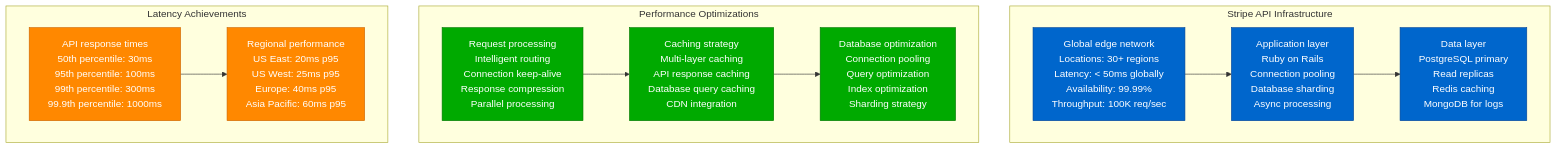
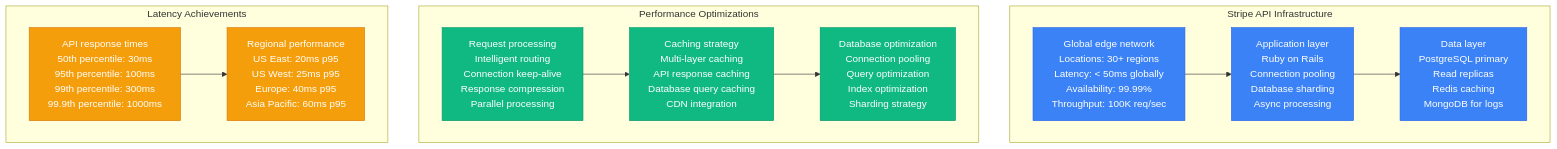
One commit to deepaucksharma/DS changed the ninth of 11 diagrams in site/docs/performance/rest-api-performance-profile.md. Above: the diagram before and after it, drawn with Mermaid. The commit also changed other lines of this file and 303 other files, not shown here.

````diff
--- a/site/docs/performance/rest-api-performance-profile.md
+++ b/site/docs/performance/rest-api-performance-profile.md
@@ -357,38 +357,38 @@
 ```mermaid
 graph TB
     subgraph "Stripe API Infrastructure"
         INFRA1[Global edge network<br/>Locations: 30+ regions<br/>Latency: < 50ms globally<br/>Availability: 99.99%<br/>Throughput: 100K req/sec]
 
         INFRA2[Application layer<br/>Ruby on Rails<br/>Connection pooling<br/>Database sharding<br/>Async processing]
 
         INFRA3[Data layer<br/>PostgreSQL primary<br/>Read replicas<br/>Redis caching<br/>MongoDB for logs]
 
         INFRA1 --> INFRA2 --> INFRA3
     end
 
     subgraph "Performance Optimizations"
         OPT1[Request processing<br/>Intelligent routing<br/>Connection keep-alive<br/>Response compression<br/>Parallel processing]
 
         OPT2[Caching strategy<br/>Multi-layer caching<br/>API response caching<br/>Database query caching<br/>CDN integration]
 
         OPT3[Database optimization<br/>Connection pooling<br/>Query optimization<br/>Index optimization<br/>Sharding strategy]
 
         OPT1 --> OPT2 --> OPT3
     end
 
     subgraph "Latency Achievements"
         LATENCY1[API response times<br/>50th percentile: 30ms<br/>95th percentile: 100ms<br/>99th percentile: 300ms<br/>99.9th percentile: 1000ms]
 
         LATENCY2[Regional performance<br/>US East: 20ms p95<br/>US West: 25ms p95<br/>Europe: 40ms p95<br/>Asia Pacific: 60ms p95]
 
         LATENCY1 --> LATENCY2
     end
 
-    classDef infraStyle fill:#0066CC,stroke:#004499,color:#fff
-    classDef optStyle fill:#00AA00,stroke:#007700,color:#fff
-    classDef latencyStyle fill:#FF8800,stroke:#CC6600,color:#fff
+    classDef infraStyle fill:#3B82F6,stroke:#2563EB,color:#fff
+    classDef optStyle fill:#10B981,stroke:#059669,color:#fff
+    classDef latencyStyle fill:#F59E0B,stroke:#D97706,color:#fff
 
     class INFRA1,INFRA2,INFRA3 infraStyle
     class OPT1,OPT2,OPT3 optStyle
     class LATENCY1,LATENCY2 latencyStyle
 ```
````
